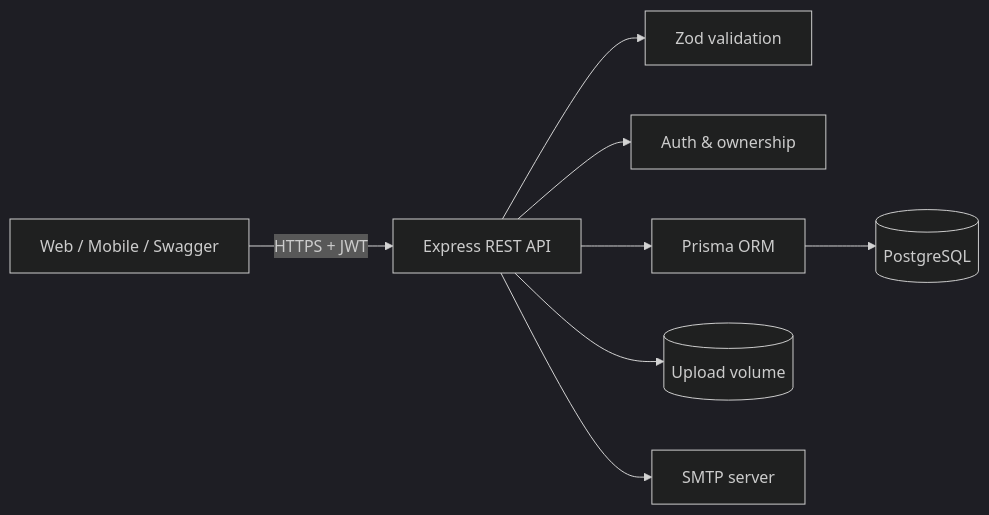
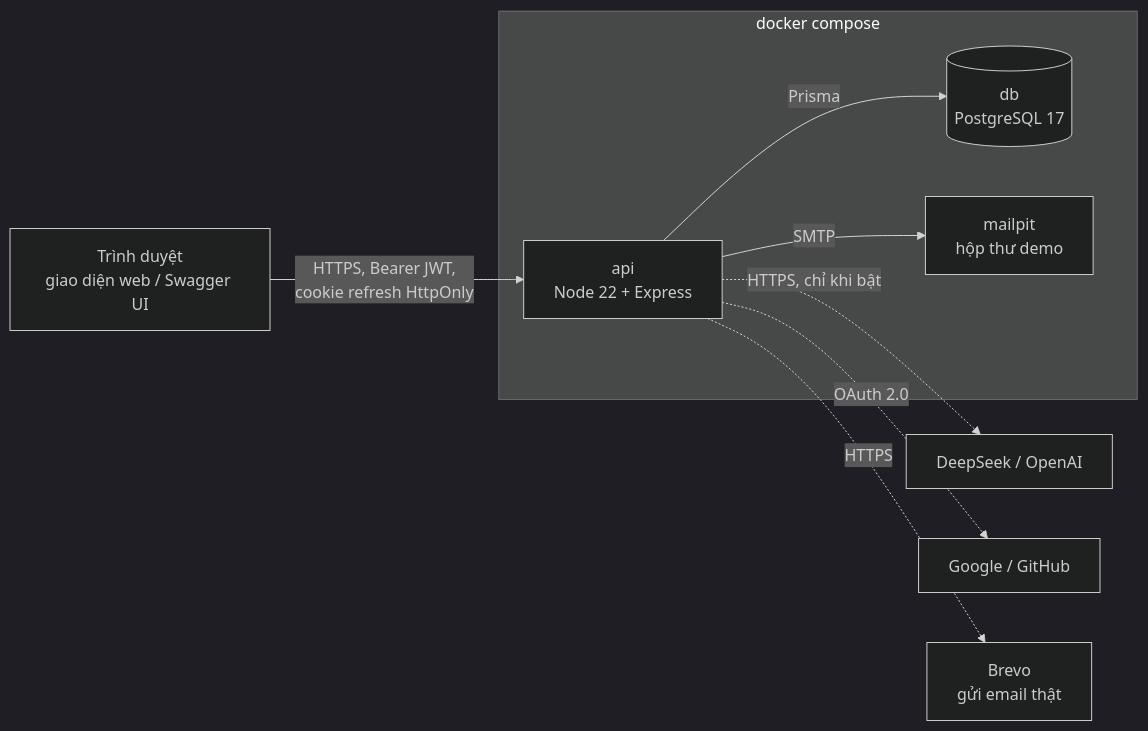
The first of 4 diagrams in docs/THIET_KE_HE_THONG.md (AnDpTri/Viettel-Software), drawn with Mermaid (dark theme) before and after one commit. The commit also changed other lines of this file and 3 other files, not shown here.

````diff
--- a/docs/THIET_KE_HE_THONG.md
+++ b/docs/THIET_KE_HE_THONG.md
@@ -9,10 +36,11 @@
 ```mermaid
 flowchart LR
-  Client[Web / Mobile / Swagger] -->|HTTPS + JWT| API[Express REST API]
-  API --> VAL[Zod validation]
-  API --> AUTH[Auth & ownership]
-  API --> ORM[Prisma ORM]
-  ORM --> DB[(PostgreSQL)]
-  API --> FILE[(Upload volume)]
-  API --> SMTP[SMTP server]
+  Browser[Trình duyệt<br/>giao diện web / Swagger UI] -->|HTTPS, Bearer JWT,<br/>cookie refresh HttpOnly| API
+  subgraph compose[docker compose]
+    API[api<br/>Node 22 + Express] -->|Prisma| DB[(db<br/>PostgreSQL 17)]
+    API -->|SMTP| MAIL[mailpit<br/>hộp thư demo]
+  end
+  API -.->|HTTPS, chỉ khi bật| AI[DeepSeek / OpenAI]
+  API -.->|OAuth 2.0| IDP[Google / GitHub]
+  API -.->|HTTPS| BREVO[Brevo<br/>gửi email thật]
 ```
````
